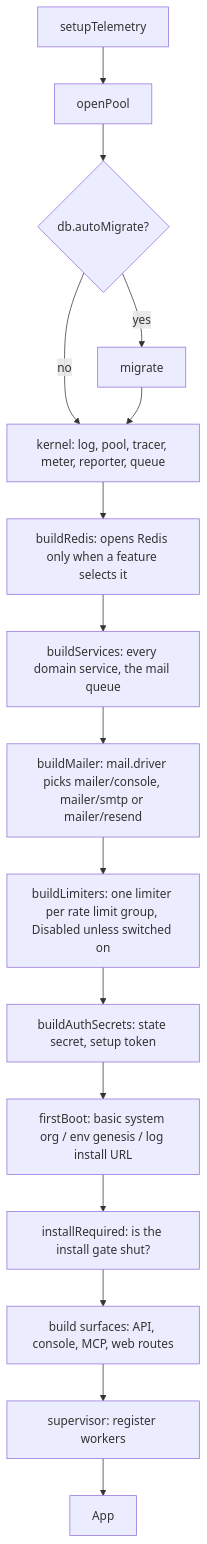
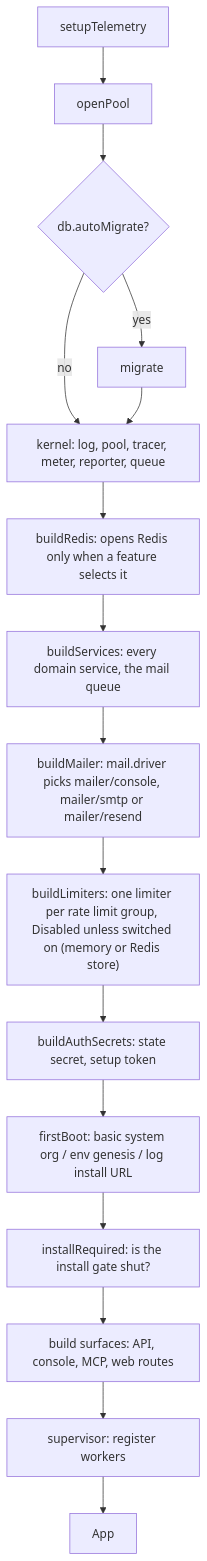
Before and after one commit to altalune-id/oagent: the first of 3 diagrams in internal/boot/README.md, drawn with Mermaid. The commit also changed other lines of this file and 12 other files, not shown here.

Commit message:
feat(ratelimit): Redis store so limits are shared across servers

````diff
--- a/internal/boot/README.md
+++ b/internal/boot/README.md
@@ -14,18 +14,18 @@
 ```mermaid
 flowchart TD
     A[setupTelemetry] --> B[openPool]
     B --> C{db.autoMigrate?}
     C -- yes --> D[migrate]
     C -- no --> E
     D --> E[kernel: log, pool, tracer, meter, reporter, queue]
     E --> RD["buildRedis: opens Redis only when a feature selects it"]
     RD --> F[buildServices: every domain service, the mail queue]
     F --> M[buildMailer: mail.driver picks mailer/console, mailer/smtp or mailer/resend]
-    M --> R[buildLimiters: one limiter per rate limit group, Disabled unless switched on]
+    M --> R["buildLimiters: one limiter per rate limit group, Disabled unless switched on (memory or Redis store)"]
     R --> G[buildAuthSecrets: state secret, setup token]
     G --> H[firstBoot: basic system org / env genesis / log install URL]
     H --> I[installRequired: is the install gate shut?]
     I --> J[build surfaces: API, console, MCP, web routes]
     J --> K[supervisor: register workers]
     K --> L[App]
 ```
````
